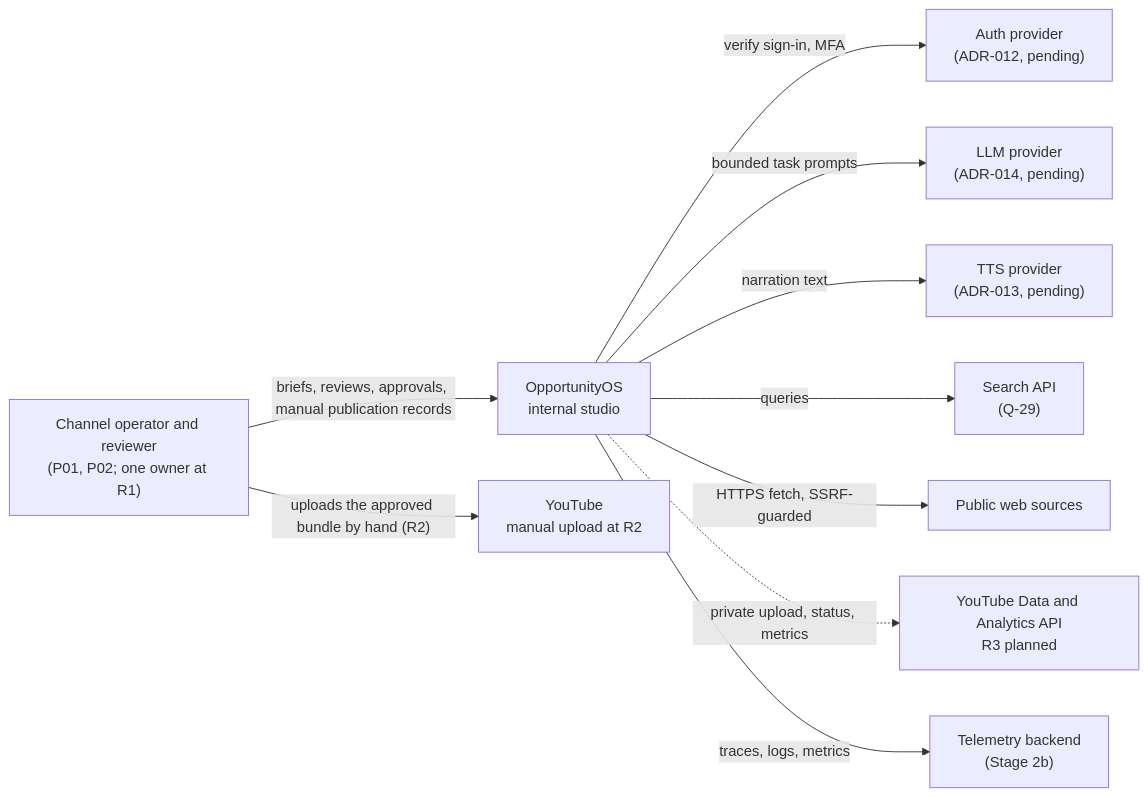
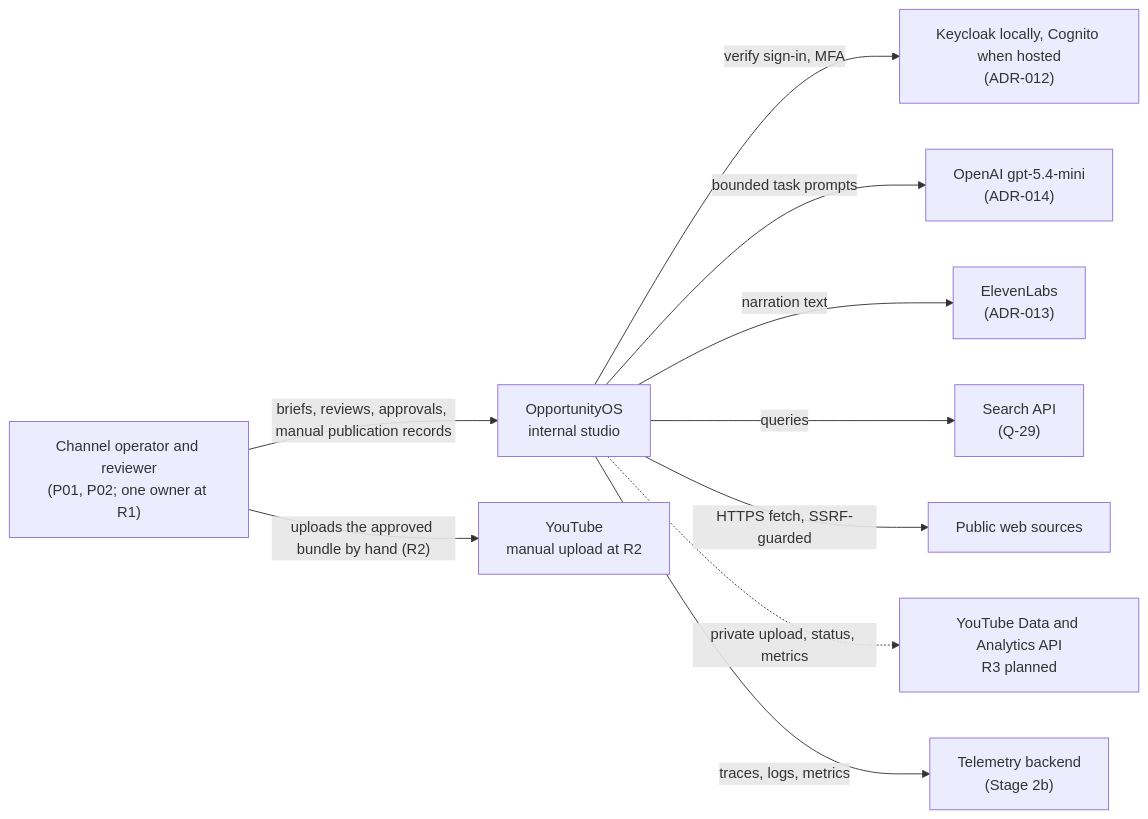
Before and after one commit to swa01wk/opportunity-os: the first of 7 diagrams in docs/architecture/ARCHITECTURE.md, drawn with Mermaid. The commit also changed other lines of this file and 9 other files, not shown here.

First line of the commit message:
docs(adr): accept host, auth, TTS and LLM decisions

````diff
--- a/docs/architecture/ARCHITECTURE.md
+++ b/docs/architecture/ARCHITECTURE.md
@@ -13,23 +13,23 @@
 ```mermaid
 flowchart LR
   op["Channel operator and reviewer<br/>(P01, P02; one owner at R1)"]
   oos["OpportunityOS<br/>internal studio"]
-  idp["Auth provider<br/>(ADR-012, pending)"]
-  llm["LLM provider<br/>(ADR-014, pending)"]
-  tts["TTS provider<br/>(ADR-013, pending)"]
+  idp["Keycloak locally, Cognito when hosted<br/>(ADR-012)"]
+  llm["OpenAI gpt-5.4-mini<br/>(ADR-014)"]
+  tts["ElevenLabs<br/>(ADR-013)"]
   search["Search API<br/>(Q-29)"]
   web["Public web sources"]
   yt["YouTube<br/>manual upload at R2"]
   ytapi["YouTube Data and Analytics API<br/>R3 planned"]
   otel["Telemetry backend<br/>(Stage 2b)"]
 
   op -- "briefs, reviews, approvals, manual publication records" --> oos
   op -- "uploads the approved bundle by hand (R2)" --> yt
   oos -- "verify sign-in, MFA" --> idp
   oos -- "bounded task prompts" --> llm
   oos -- "narration text" --> tts
   oos -- "queries" --> search
   oos -- "HTTPS fetch, SSRF-guarded" --> web
   oos -.->|"private upload, status, metrics"| ytapi
   oos -- "traces, logs, metrics" --> otel
 ```
````
